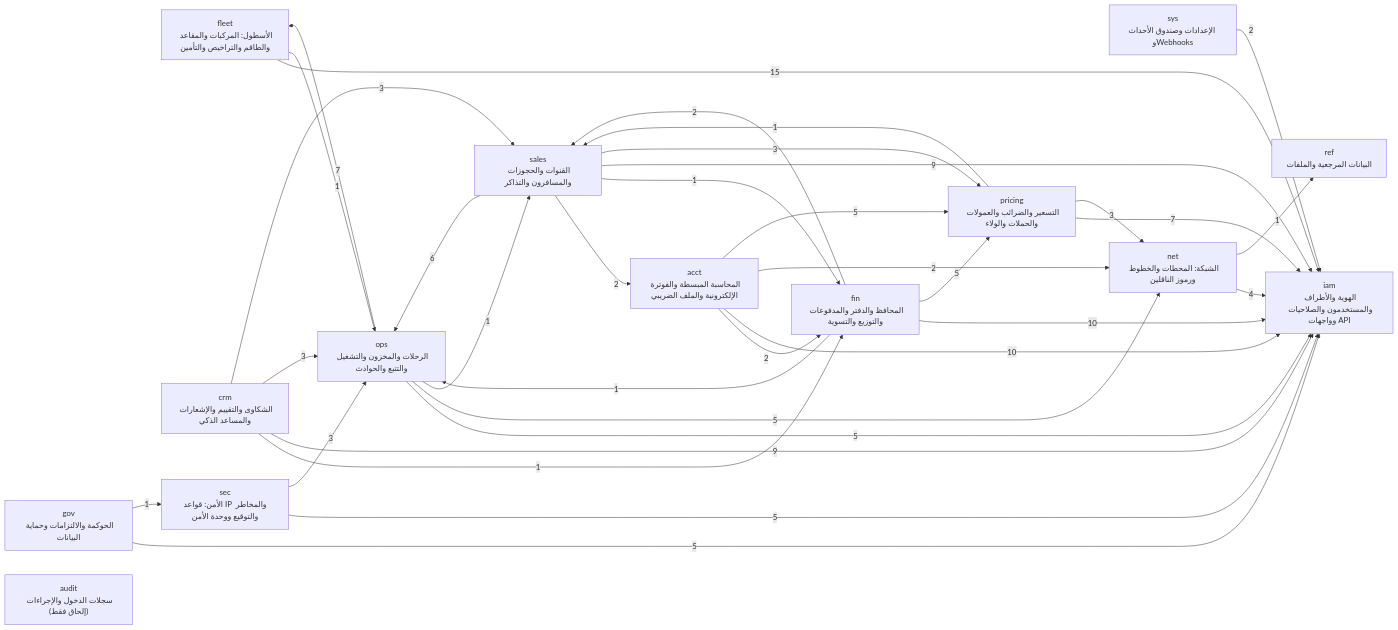
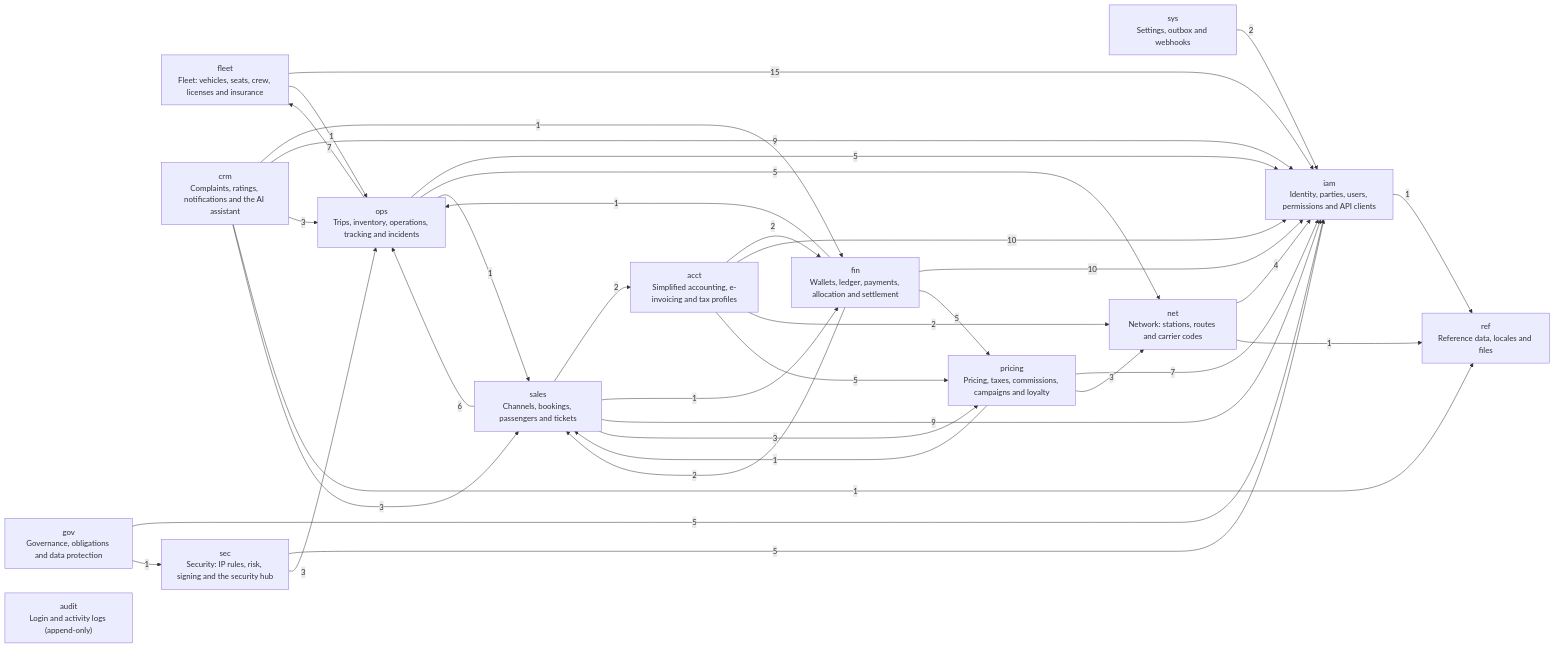
One commit to thawrasy/smartlines changed the first of 15 diagrams in db/ERD.md. Above: the diagram before and after it, drawn with Mermaid. The commit also changed other lines of this file and 20 other files, not shown here.

First line of the commit message:
db: English-only schema, seeds, tests and docs with locale-neutral design

````diff
--- a/db/ERD.md
+++ b/db/ERD.md
@@ -10,50 +10,52 @@
 ```mermaid
 flowchart LR
-  iam["iam<br/>الهوية والأطراف والمستخدمون والصلاحيات وواجهات API"]
-  ref["ref<br/>البيانات المرجعية والملفات"]
-  sys["sys<br/>الإعدادات وصندوق الأحداث وWebhooks"]
-  net["net<br/>الشبكة: المحطات والخطوط ورموز الناقلين"]
-  fleet["fleet<br/>الأسطول: المركبات والمقاعد والطاقم والتراخيص والتأمين"]
-  pricing["pricing<br/>التسعير والضرائب والعمولات والحملات والولاء"]
-  ops["ops<br/>الرحلات والمخزون والتشغيل والتتبع والحوادث"]
-  sales["sales<br/>القنوات والحجوزات والمسافرون والتذاكر"]
-  fin["fin<br/>المحافظ والدفتر والمدفوعات والتوزيع والتسوية"]
-  acct["acct<br/>المحاسبة المبسطة والفوترة الإلكترونية والملف الضريبي"]
-  crm["crm<br/>الشكاوى والتقييم والإشعارات والمساعد الذكي"]
-  gov["gov<br/>الحوكمة والالتزامات وحماية البيانات"]
-  sec["sec<br/>الأمن: قواعد IP والمخاطر والتوقيع ووحدة الأمن"]
-  audit["audit<br/>سجلات الدخول والإجراءات (إلحاق فقط)"]
+  iam["iam<br/>Identity, parties, users, permissions and API clients"]
+  ref["ref<br/>Reference data, locales and files"]
+  sys["sys<br/>Settings, outbox and webhooks"]
+  net["net<br/>Network: stations, routes and carrier codes"]
+  fleet["fleet<br/>Fleet: vehicles, seats, crew, licenses and insurance"]
+  pricing["pricing<br/>Pricing, taxes, commissions, campaigns and loyalty"]
+  ops["ops<br/>Trips, inventory, operations, tracking and incidents"]
+  sales["sales<br/>Channels, bookings, passengers and tickets"]
+  fin["fin<br/>Wallets, ledger, payments, allocation and settlement"]
+  acct["acct<br/>Simplified accounting, e-invoicing and tax profiles"]
+  crm["crm<br/>Complaints, ratings, notifications and the AI assistant"]
+  gov["gov<br/>Governance, obligations and data protection"]
+  sec["sec<br/>Security: IP rules, risk, signing and the security hub"]
+  audit["audit<br/>Login and activity logs (append-only)"]
   acct -->|2| fin
   acct -->|10| iam
   acct -->|2| net
   acct -->|5| pricing
   crm -->|1| fin
   crm -->|9| iam
   crm -->|3| ops
+  crm -->|1| ref
   crm -->|3| sales
   fin -->|10| iam
   fin -->|1| ops
   fin -->|5| pricing
   fin -->|2| sales
   fleet -->|15| iam
   fleet -->|1| ops
   gov -->|5| iam
   gov -->|1| sec
+  iam -->|1| ref
   net -->|4| iam
   net -->|1| ref
   ops -->|7| fleet
   ops -->|5| iam
   ops -->|5| net
   ops -->|1| sales
   pricing -->|7| iam
   pricing -->|3| net
   pricing -->|1| sales
   sales -->|2| acct
   sales -->|1| fin
   sales -->|9| iam
   sales -->|6| ops
   sales -->|3| pricing
   sec -->|5| iam
   sec -->|3| ops
   sys -->|2| iam
 ```
````
